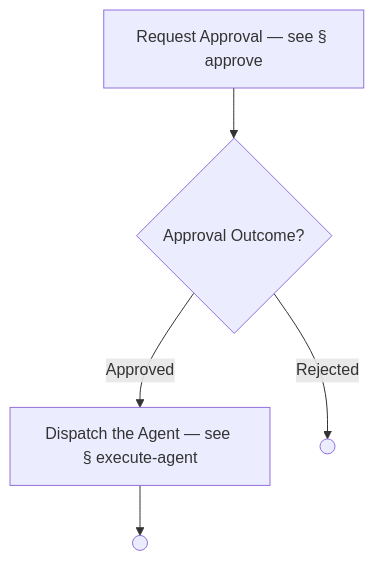
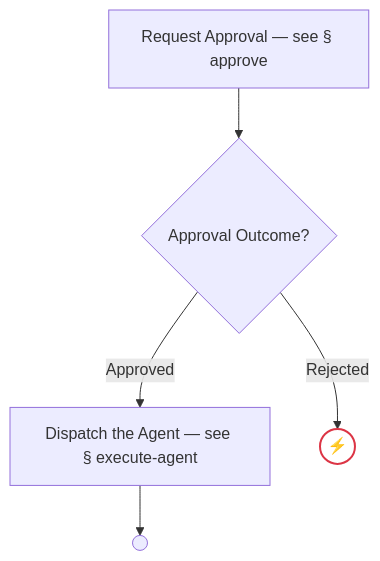
Diagram 47 of 52 in docs/process-diagram.md (optivem/gh-optivem), drawn with Mermaid before and after one commit. The commit also changed other lines of this file and 3 other files, not shown here.

Commit message:
atdd: regenerate process-flow diagram

````diff
--- a/docs/process-diagram.md
+++ b/docs/process-diagram.md
@@ -791,13 +796,16 @@
 ```mermaid
 flowchart TD
     APPROVE_PRE[Request Approval — see § approve]
     EXECUTE_AGENT[Dispatch the Agent — see § execute-agent]
     FIX_END(( ))
-    FIX_REJECTED_END(( ))
+    FIX_REJECTED_END((⚡))
     GATE_APPROVED_PRE{Approval Outcome?}
 
     APPROVE_PRE --> GATE_APPROVED_PRE
     GATE_APPROVED_PRE -- Approved --> EXECUTE_AGENT
     GATE_APPROVED_PRE -- Rejected --> FIX_REJECTED_END
     EXECUTE_AGENT --> FIX_END
+
+    classDef errorEndNode fill:#ffffff,stroke:#dc3545,stroke-width:2px,color:#000000
+    class FIX_REJECTED_END errorEndNode
 ```
````
